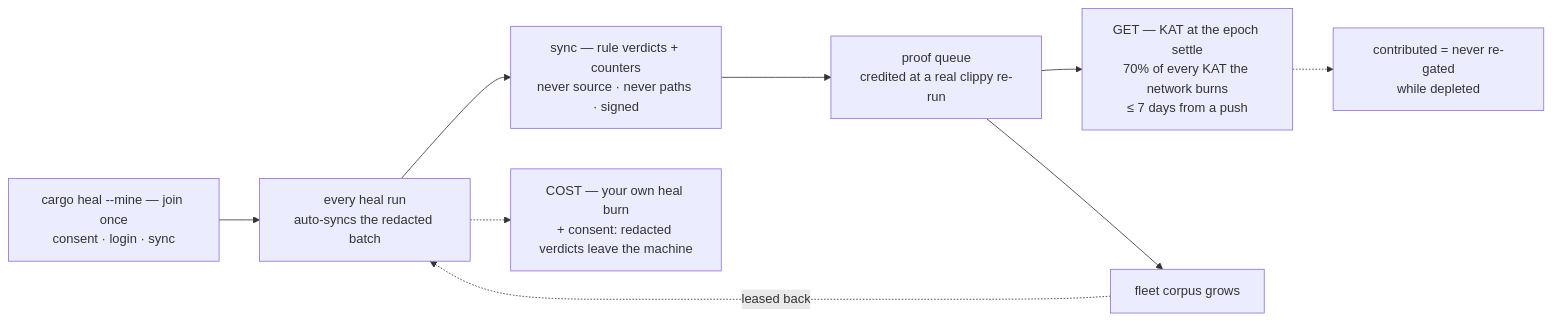
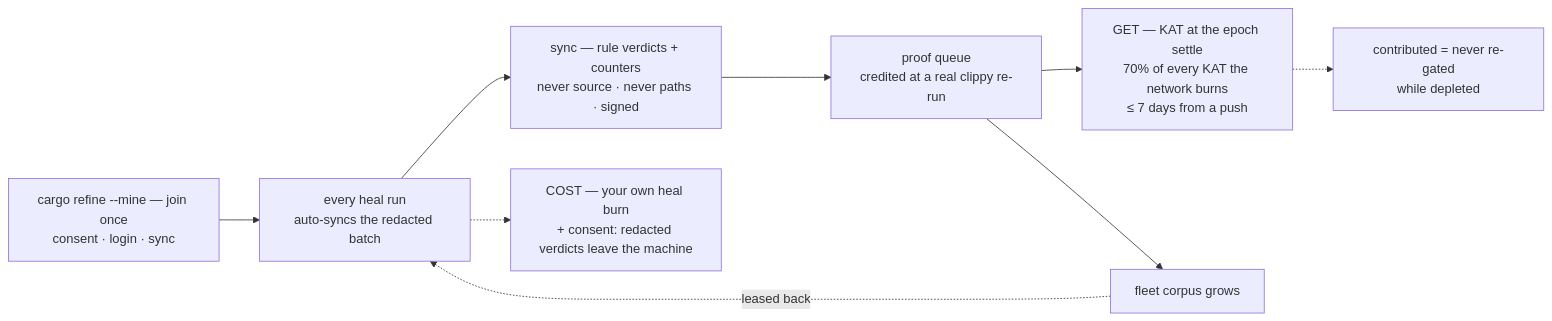
Before and after one commit to riir-ai/riir-refine: the second of 4 diagrams in .docs/01_orientation/role_flows.md, drawn with Mermaid. The commit also changed other lines of this file and 37 other files, not shown here.

Commit message:
docs: the refine rename records — plan 192, proposal 018 status, HISTORY entry + the living-docs sweep (AGENTS/README/.docs/skills/.distill now say cargo refine)

````diff
--- a/.docs/01_orientation/role_flows.md
+++ b/.docs/01_orientation/role_flows.md
@@ -47,11 +47,11 @@
 ```mermaid
 flowchart LR
-    JOIN["cargo heal --mine — join once<br/>consent · login · sync"] --> RUN["every heal run<br/>auto-syncs the redacted batch"]
+    JOIN["cargo refine --mine — join once<br/>consent · login · sync"] --> RUN["every heal run<br/>auto-syncs the redacted batch"]
     RUN --> PUSH["sync — rule verdicts + counters<br/>never source · never paths · signed"]
     PUSH --> PROOF["proof queue<br/>credited at a real clippy re-run"]
     PROOF --> SETTLE["GET — KAT at the epoch settle<br/>70% of every KAT the network burns<br/>≤ 7 days from a push"]
     RUN -.-> COST["COST — your own heal burn<br/>+ consent: redacted verdicts leave the machine"]
     SETTLE -.-> LIFT["contributed = never re-gated<br/>while depleted"]
     PROOF --> GROW["fleet corpus grows"]
     GROW -.->|"leased back"| RUN
 ```
````
